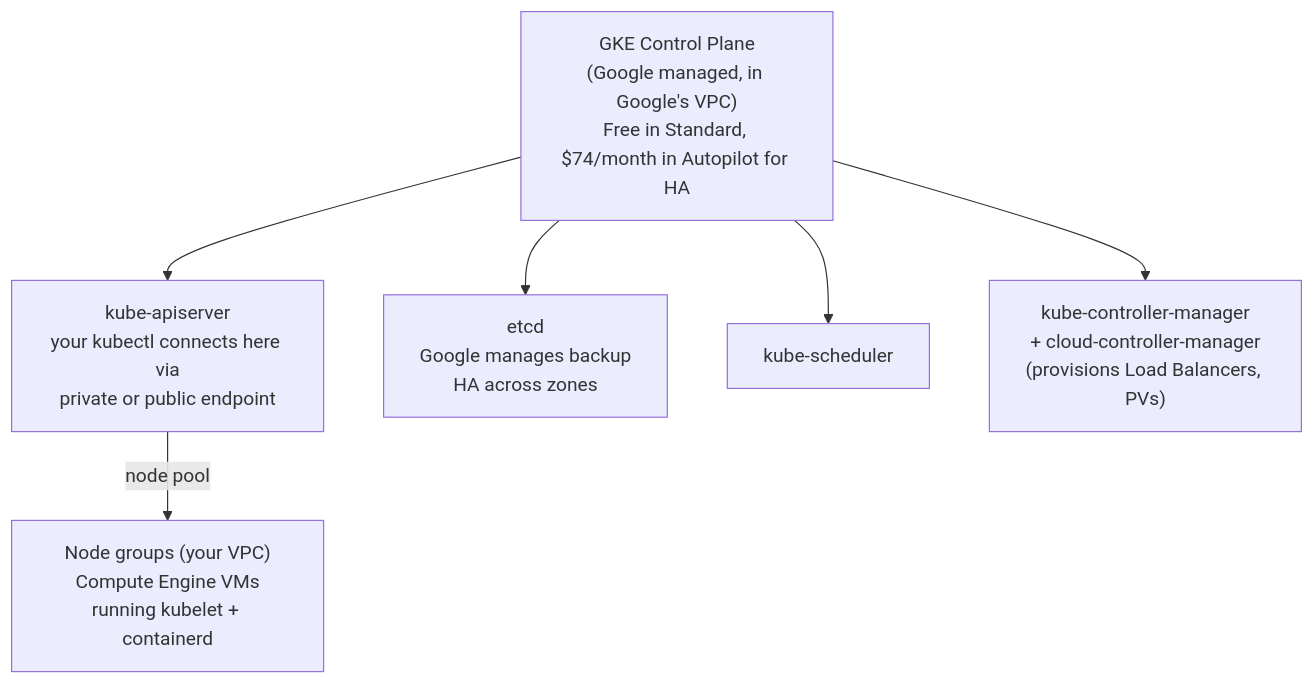
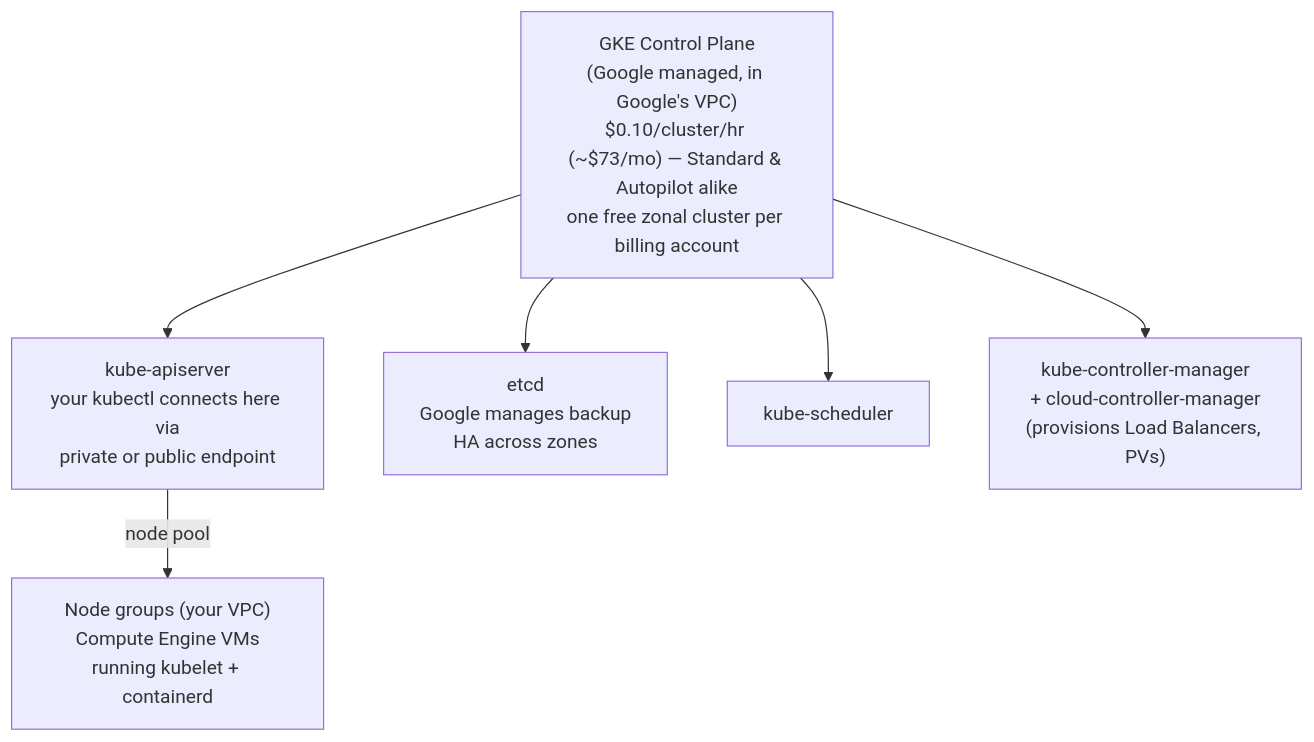
Before and after one commit to deepanshu-rawat6/DevOpsIndex: the second of 7 diagrams in gcp/gke.md, drawn with Mermaid. The commit also changed other lines of this file and 11 other files, not shown here.

````diff
--- a/gcp/gke.md
+++ b/gcp/gke.md
@@ -37,9 +37,9 @@
 ```mermaid
 graph TD
-    CP["GKE Control Plane<br>(Google managed, in Google's VPC)<br>Free in Standard, $74/month in Autopilot for HA"] --> APISERVER["kube-apiserver<br>your kubectl connects here via<br>private or public endpoint"]
+    CP["GKE Control Plane<br>(Google managed, in Google's VPC)<br>$0.10/cluster/hr (~$73/mo) — Standard & Autopilot alike<br>one free zonal cluster per billing account"] --> APISERVER["kube-apiserver<br>your kubectl connects here via<br>private or public endpoint"]
     CP --> ETCD["etcd<br>Google manages backup<br>HA across zones"]
     CP --> SCHED["kube-scheduler"]
     CP --> CM["kube-controller-manager<br>+ cloud-controller-manager<br>(provisions Load Balancers, PVs)"]
 
     APISERVER -->|"node pool"| NG["Node groups (your VPC)<br>Compute Engine VMs<br>running kubelet + containerd"]
 ```
````
